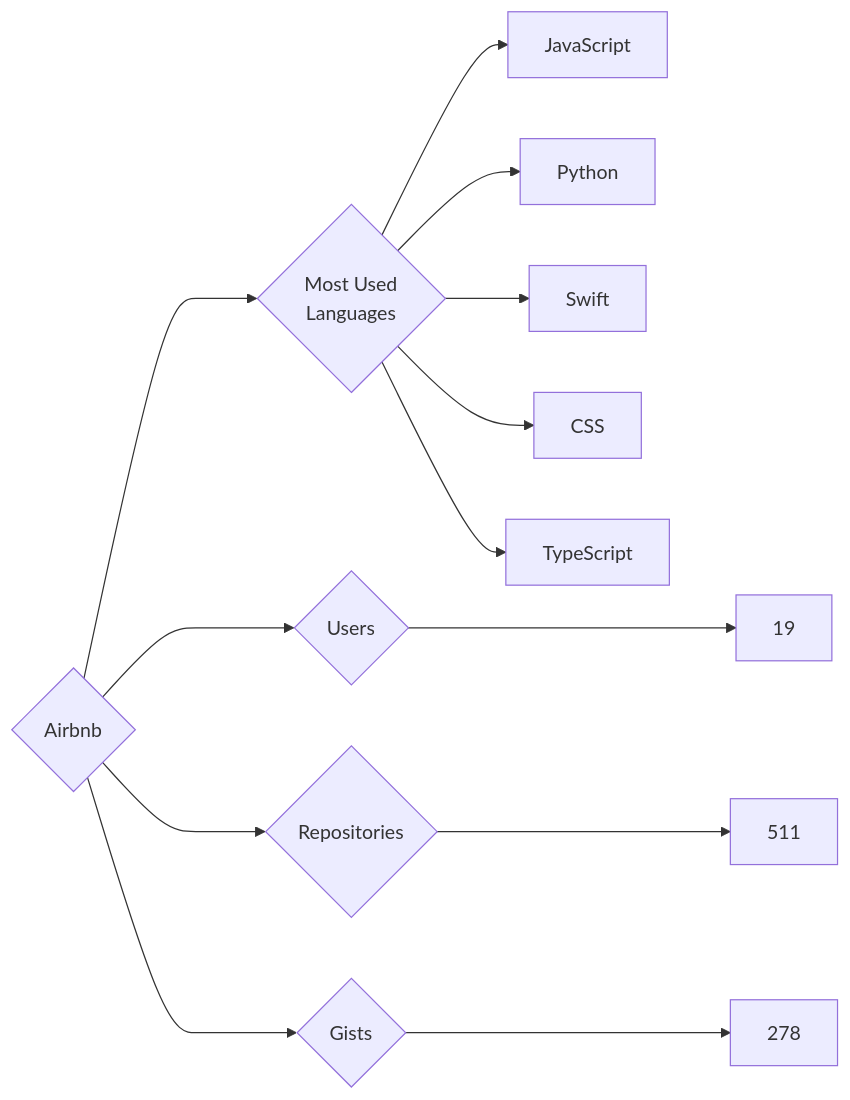
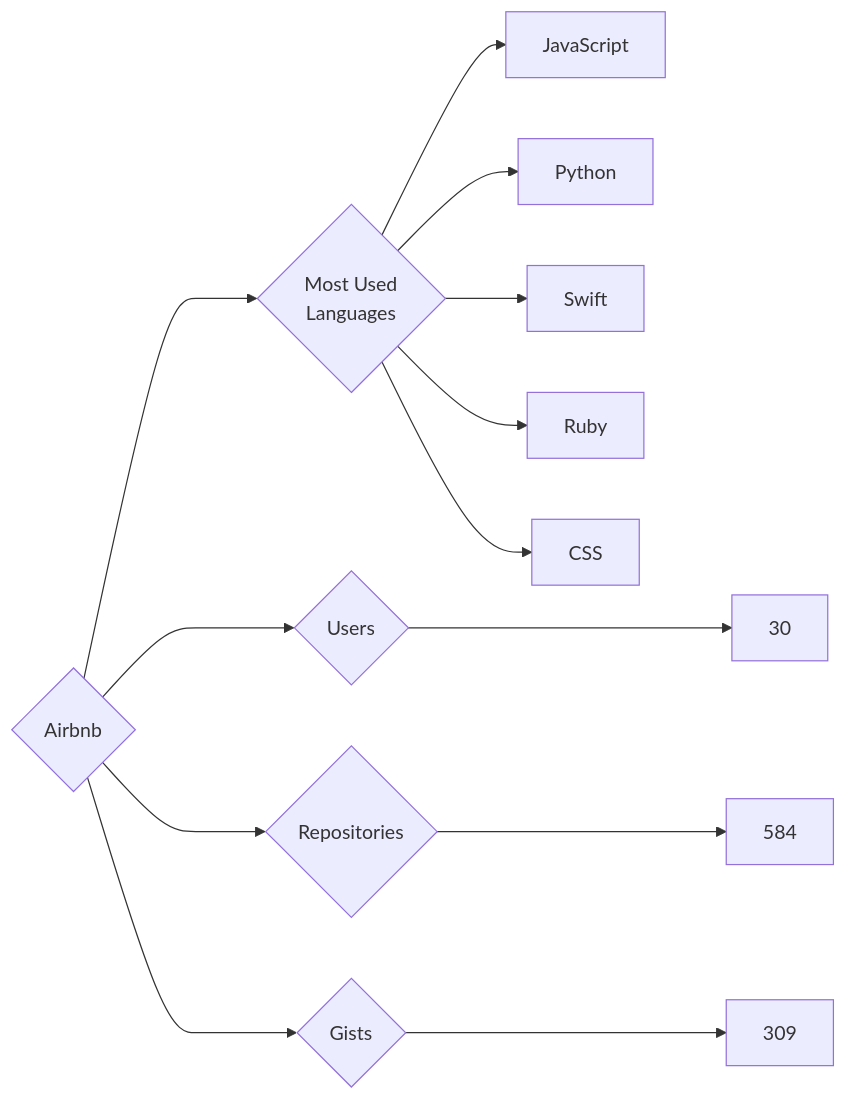
The diagram in targets/Airbnb/README.md (trickest/insiders), drawn with Mermaid before and after one commit. The commit also changed 688 other files, not shown here.

````diff
--- a/targets/Airbnb/README.md
+++ b/targets/Airbnb/README.md
@@ -3,13 +3,13 @@
 ```mermaid
 graph LR
 COMPANY_NAME{Airbnb}
-COMPANY_NAME ---> U{Users} ---> UN[19]
-COMPANY_NAME ---> R{Repositories} ---> RN[511]
-COMPANY_NAME ---> G{Gists} ---> GN[278]
+COMPANY_NAME ---> U{Users} ---> UN[30]
+COMPANY_NAME ---> R{Repositories} ---> RN[584]
+COMPANY_NAME ---> G{Gists} ---> GN[309]
 COMPANY_NAME ---> ML{Most Used<br>Languages}
 ML --> JavaScript[JavaScript]
 ML --> Python[Python]
 ML --> Swift[Swift]
+ML --> Ruby[Ruby]
 ML --> CSS[CSS]
-ML --> TypeScript[TypeScript]
 ```
````
